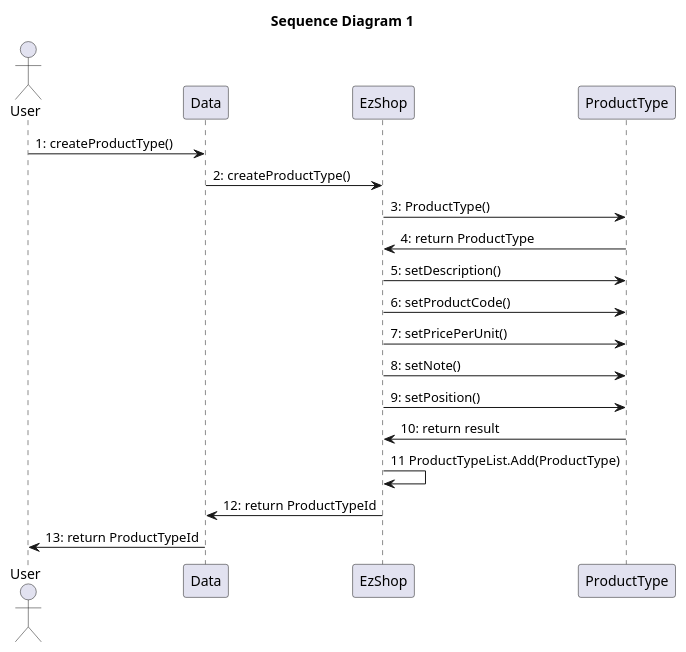
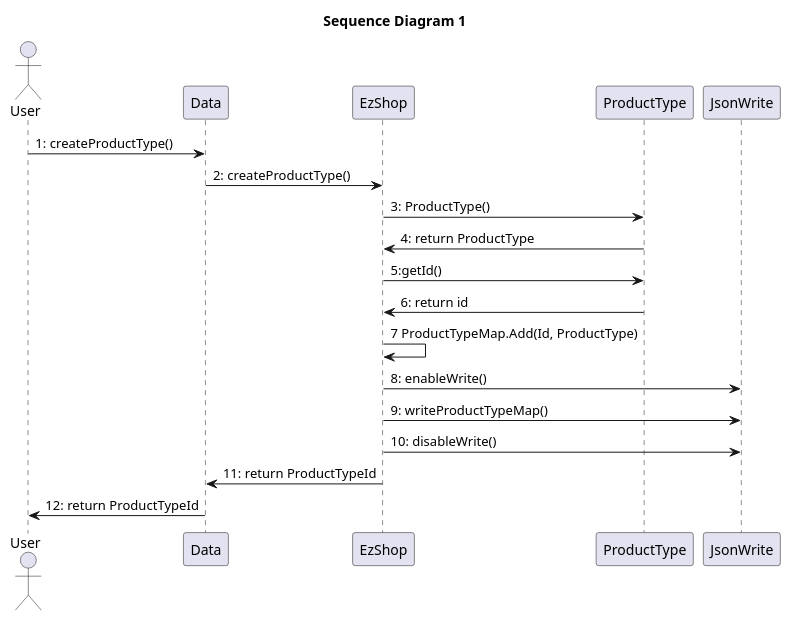
The third of 15 diagrams in Deliverables/DesignDocument.md (paolotron/EzshoProject31), drawn with PlantUML before and after one commit.

````diff
--- a/Deliverables/DesignDocument.md
+++ b/Deliverables/DesignDocument.md
@@ -295,23 +295,26 @@
 ``` plantuml
+
 @startuml
 title "Sequence Diagram 1"
 actor User as U
 participant Data
 participant EzShop
 participant ProductType as P
+participant JsonWrite as JW
 
 U->Data: 1: createProductType()
 Data->EzShop: 2: createProductType()
 EzShop -> P: 3: ProductType()
 P -> EzShop: 4: return ProductType
-EzShop ->P: 5: setDescription()
-EzShop->P: 6: setProductCode()
-EzShop->P: 7: setPricePerUnit()
-EzShop->P: 8: setNote()
-EzShop->P: 9: setPosition()
-P->EzShop: 10: return result
-EzShop->EzShop: 11 ProductTypeList.Add(ProductType)
-EzShop->Data: 12: return ProductTypeId
-Data->U: 13: return ProductTypeId
+EzShop -> P: 5:getId()
+P->EzShop: 6: return id
+EzShop->EzShop: 7 ProductTypeMap.Add(Id, ProductType)
+EzShop -> JW: 8: enableWrite()
+EzShop -> JW: 9: writeProductTypeMap()
+EzShop -> JW: 10: disableWrite()
+EzShop->Data: 11: return ProductTypeId
+Data->U: 12: return ProductTypeId
+
 @enduml
+
 ```
````
